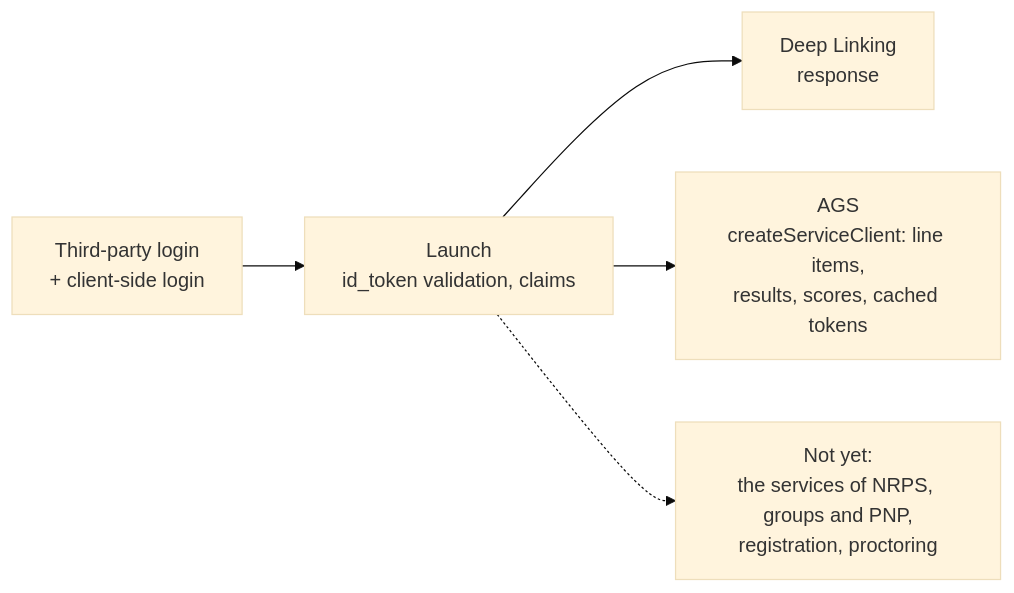
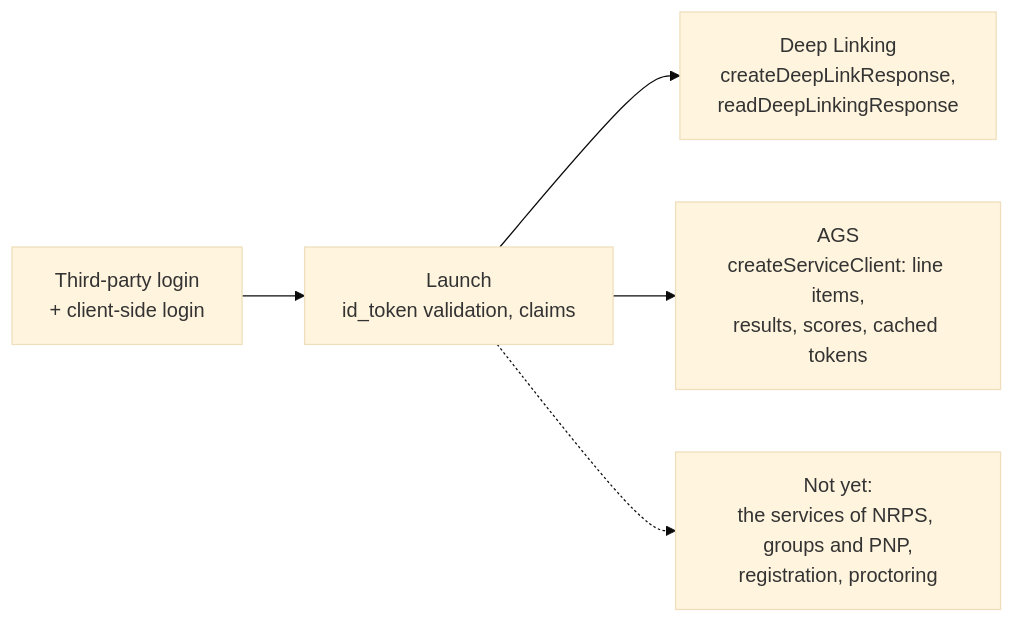
The first of 2 diagrams in docs/tool-integration/supported.md (interopkit/interopkit), drawn with Mermaid (base theme) before and after one commit. The commit also changed other lines of this file and 45 other files, not shown here.

````diff
--- a/docs/tool-integration/supported.md
+++ b/docs/tool-integration/supported.md
@@ -7,7 +7,7 @@
 ```mermaid
 flowchart LR
   login["Third-party login<br/>+ client-side login"] --> launch["Launch<br/>id_token validation, claims"]
-  launch --> dl["Deep Linking<br/>response"]
+  launch --> dl["Deep Linking<br/>createDeepLinkResponse,<br/>readDeepLinkingResponse"]
   launch --> ags["AGS<br/>createServiceClient: line items,<br/>results, scores, cached tokens"]
   launch -.-> missing["Not yet:<br/>the services of NRPS, groups and PNP,<br/>registration, proctoring"]
 ```
````
